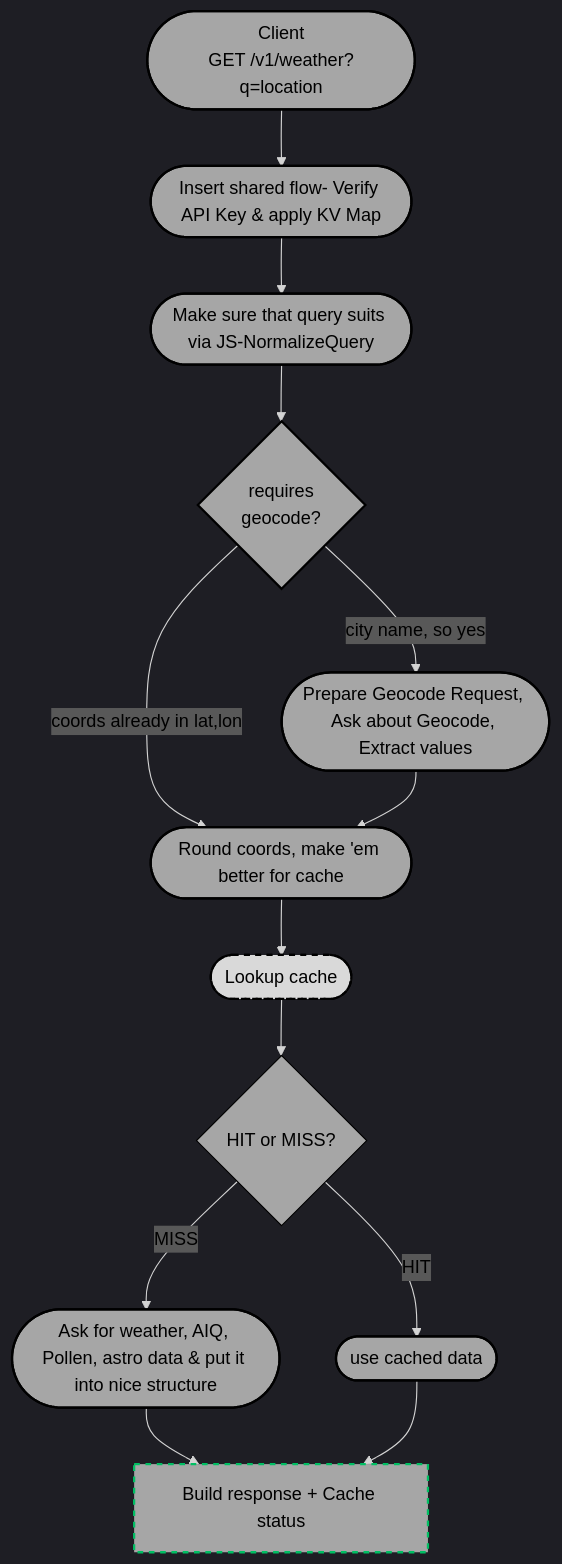
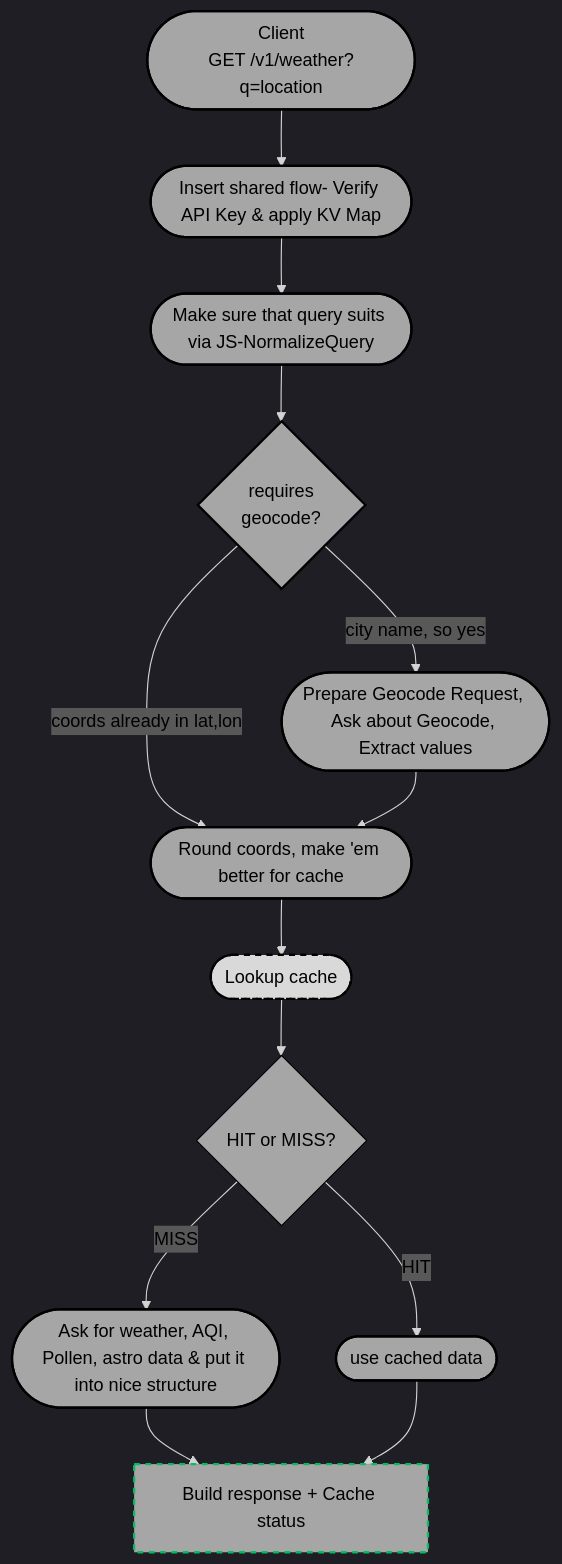
Before and after one commit to kacper1zajkowski/ATW: the second of 2 diagrams in README.md, drawn with Mermaid. The commit also changed 1 other file, not shown here.

````diff
--- a/README.md
+++ b/README.md
@@ -47,46 +47,46 @@
 ```mermaid
 ---
 config:
   theme: dark
 ---
 flowchart TD
     Start([Client<br/>GET /v1/weather?q=location]) --> Common([Insert shared flow- Verify API Key & apply KV Map])
     Common --> Normalize([Make sure that query suits via JS-NormalizeQuery])
     Normalize --> GeoQ{requires<br/>geocode?}
     GeoQ -->|city name, so yes| PrepGeo([Prepare Geocode Request, Ask about Geocode, Extract values])
     GeoQ -->|coords already in lat,lon| Round(["Round coords, make 'em better for cache"])
     PrepGeo --> Round
     Round --> Lookup(["Lookup cache"])
     Lookup --> n2@{ shape: "diam", label: "HIT or MISS?" }
-    n2 -->|"MISS"| n4@{ shape: "stadium", label: "Ask for weather, AIQ, Pollen, astro data & put it into nice structure" }
+    n2 -->|"MISS"| n4@{ shape: "stadium", label: "Ask for weather, AQI, Pollen, astro data & put it into nice structure" }
     n2 -->|"HIT"| n3@{ shape: "stadium", label: "use cached data" }
     n4 --> n5["Build response + Cache status"]
     n3 --> n5
 	
 	
 	
 	
 	
 	linkStyle 4 color:#000000
 	linkStyle 3 color:#000000
 	
 	
 	
 	
 	linkStyle 8 color:#000000
 	linkStyle 9 color:#000000
 	
 	
 	style Start fill:#A6A6A6,color:#000000,stroke-width:2px,stroke:#000000
 	style Common fill:#A6A6A6,color:#000000,stroke:#000000,stroke-width:2px
 	style Normalize fill:#A6A6A6,color:#000000,stroke:#000000,stroke-width:2px
 	style GeoQ fill:#A6A6A6,color:#000000,stroke-width:2px,stroke:#000000
 	style PrepGeo fill:#A6A6A6,color:#000000,stroke-width:2px,stroke:#000000
 	style Lookup fill:#D9D9D9,color:#000000,stroke-width:2px,stroke-dasharray:5 5,stroke:#000000
 	style Round fill:#A6A6A6,color:#000000,stroke-width:2px,stroke:#000000
 	style n2 fill:#A6A6A6,color:#000000,stroke-width:1px,stroke:#000000
 	style n4 color:#000000,fill:#A6A6A6,stroke:#000000,stroke-width:2px
 	style n3 color:#000000,fill:#A6A6A6,stroke-width:2px,stroke:#000000
 	style n5 fill:#A6A6A6,color:#000000,stroke:#00BF63,stroke-width:2px,stroke-dasharray:5 5
 
 ```
````
